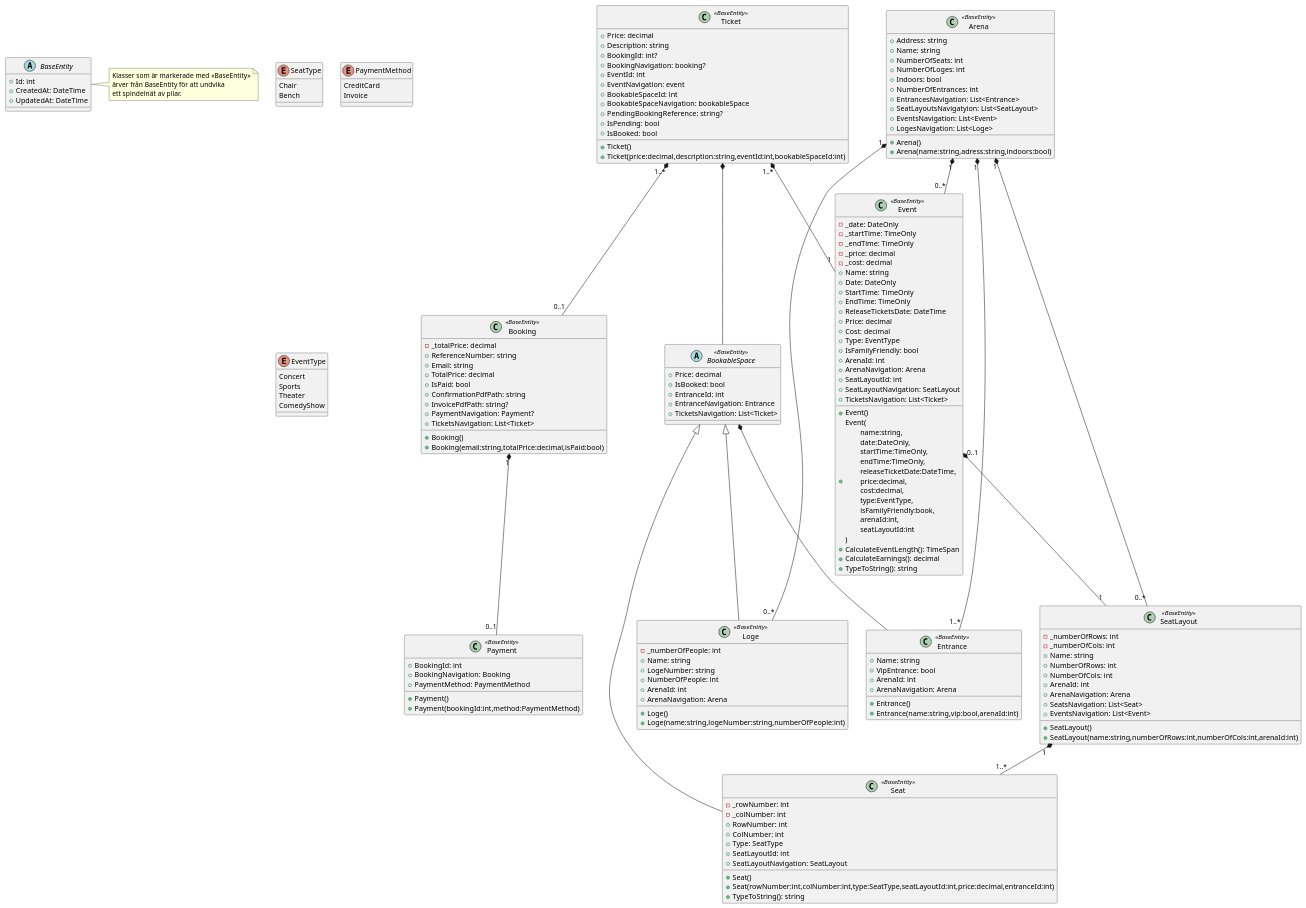
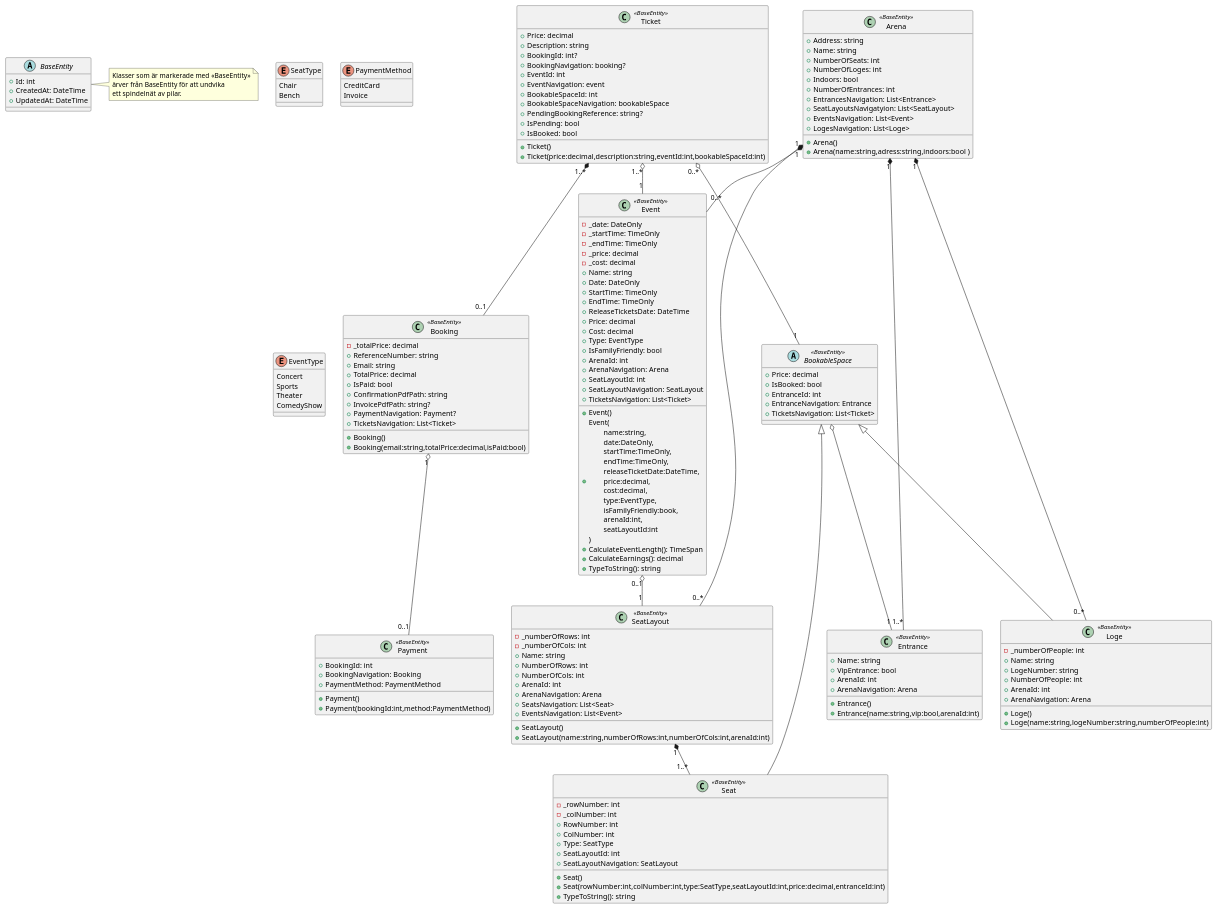
Before and after one commit to Mossberg1/ObjektOrienteradDesignBiljettShoppen: the diagram in docs/entities-uml.puml, drawn with PlantUML.

Commit message:
Uppdaterade UML

```diff
--- a/docs/entities-uml.puml
+++ b/docs/entities-uml.puml
@@ -1,185 +1,183 @@
 @startuml
-together{
 
 enum SeatType {
     Chair
     Bench
 }
 
 enum PaymentMethod {
     CreditCard
     Invoice
 }
 
 enum EventType {
     Concert
     Sports
     Theater
     ComedyShow
-}
 }
 
 abstract class BaseEntity {
     + Id: int
     + CreatedAt: DateTime
     + UpdatedAt: DateTime
 }
 
 note right of BaseEntity
   Klasser som är markerade med <<BaseEntity>>
   ärver från BaseEntity för att undvika
   ett spindelnät av pilar.
 end note
 
 abstract class BookableSpace <<BaseEntity>> {
     + Price: decimal
     + IsBooked: bool
     + EntranceId: int
     + EntranceNavigation: Entrance
     + TicketsNavigation: List<Ticket>
 }
 
 class Arena <<BaseEntity>> {
     + Address: string
     + Name: string
     + NumberOfSeats: int
     + NumberOfLoges: int
     + Indoors: bool
     + NumberOfEntrances: int 
     + EntrancesNavigation: List<Entrance> 
     + SeatLayoutsNavigatyion: List<SeatLayout>
     + EventsNavigation: List<Event>
     + LogesNavigation: List<Loge>
     + Arena()
-    + Arena(name:string,adress:string,indoors:bool)
+    + Arena(name:string,adress:string,indoors:bool )
 }
  
 class SeatLayout <<BaseEntity>> {
     - _numberOfRows: int 
     - _numberOfCols: int
     + Name: string 
     + NumberOfRows: int
     + NumberOfCols: int
     + ArenaId: int
     + ArenaNavigation: Arena
     + SeatsNavigation: List<Seat>
     + EventsNavigation: List<Event>
     + SeatLayout()
     + SeatLayout(name:string,numberOfRows:int,numberOfCols:int,arenaId:int)
 }
 
 class Entrance <<BaseEntity>> {
     + Name: string
     + VipEntrance: bool
     + ArenaId: int 
     + ArenaNavigation: Arena 
     + Entrance()
     + Entrance(name:string,vip:bool,arenaId:int)
 }
 
 class Event <<BaseEntity>> {
     - _date: DateOnly
     - _startTime: TimeOnly
     - _endTime: TimeOnly
     - _price: decimal 
     - _cost: decimal
     + Name: string
     + Date: DateOnly
     + StartTime: TimeOnly
     + EndTime: TimeOnly
     + ReleaseTicketsDate: DateTime
     + Price: decimal
     + Cost: decimal
     + Type: EventType
     + IsFamilyFriendly: bool 
     + ArenaId: int 
     + ArenaNavigation: Arena
     + SeatLayoutId: int
     + SeatLayoutNavigation: SeatLayout
     + TicketsNavigation: List<Ticket>
     + Event()
     + Event(\n\tname:string,\n\tdate:DateOnly,\n\tstartTime:TimeOnly,\n\tendTime:TimeOnly,\n\treleaseTicketDate:DateTime,\n\tprice:decimal,\n\tcost:decimal,\n\ttype:EventType,\n\tisFamilyFriendly:book,\n\tarenaId:int,\n\tseatLayoutId:int\n)
     + CalculateEventLength(): TimeSpan
     + CalculateEarnings(): decimal
     + TypeToString(): string
 }
 
 class Ticket <<BaseEntity>> {
     + Price: decimal
     + Description: string 
     + BookingId: int? 
     + BookingNavigation: booking? 
     + EventId: int 
     + EventNavigation: event 
     + BookableSpaceId: int 
     + BookableSpaceNavigation: bookableSpace
     + PendingBookingReference: string? 
     + IsPending: bool 
     + IsBooked: bool 
     + Ticket()
     + Ticket(price:decimal,description:string,eventId:int,bookableSpaceId:int)
 }
 
 class Seat <<BaseEntity>>{
     - _rowNumber: int 
     - _colNumber: int 
     + RowNumber: int
     + ColNumber: int
     + Type: SeatType
     + SeatLayoutId: int
     + SeatLayoutNavigation: SeatLayout
     + Seat()
     + Seat(rowNumber:int,colNumber:int,type:SeatType,seatLayoutId:int,price:decimal,entranceId:int)
     + TypeToString(): string 
 }
 
 class Loge <<BaseEntity>> { 
     - _numberOfPeople: int
     + Name: string
     + LogeNumber: string
     + NumberOfPeople: int
     + ArenaId: int 
     + ArenaNavigation: Arena
     + Loge()
     + Loge(name:string,logeNumber:string,numberOfPeople:int)
 }
 
 class Booking <<BaseEntity>> {
     - _totalPrice: decimal
     + ReferenceNumber: string 
     + Email: string 
     + TotalPrice: decimal 
     + IsPaid: bool 
     + ConfirmationPdfPath: string 
     + InvoicePdfPath: string? 
     + PaymentNavigation: Payment? 
     + TicketsNavigation: List<Ticket>
     + Booking()
     + Booking(email:string,totalPrice:decimal,isPaid:bool)
 }
 
 class Payment <<BaseEntity>> {
     + BookingId: int 
     + BookingNavigation: Booking 
     + PaymentMethod: PaymentMethod 
     + Payment()
     + Payment(bookingId:int,method:PaymentMethod)
 }
 
 Arena "1" *-- "0..*" Event
-BookableSpace *-- Entrance
+BookableSpace  o-- "1" Entrance
 Arena "1" *-- "1..*" Entrance
 Ticket "1..*" *-- "0..1" Booking
-Booking "1" *-- "0..1" Payment
-Ticket "1..*" *-- "1"  Event
+Booking "1" o-- "0..1" Payment
+Ticket "1..*" o-- "1"  Event
 
 BookableSpace <|-- Seat
 BookableSpace <|-- Loge
-Ticket *-- BookableSpace
+Ticket "0..*" o-- "1" BookableSpace
 
 SeatLayout "1" *-- "1..*" Seat
 Arena "1" *-- "0..*" SeatLayout
-Event "0..1" *-- "1" SeatLayout
+Event "0..1" o-- "1" SeatLayout
 Arena "1" *-- "0..*" Loge
 
 @enduml
```
